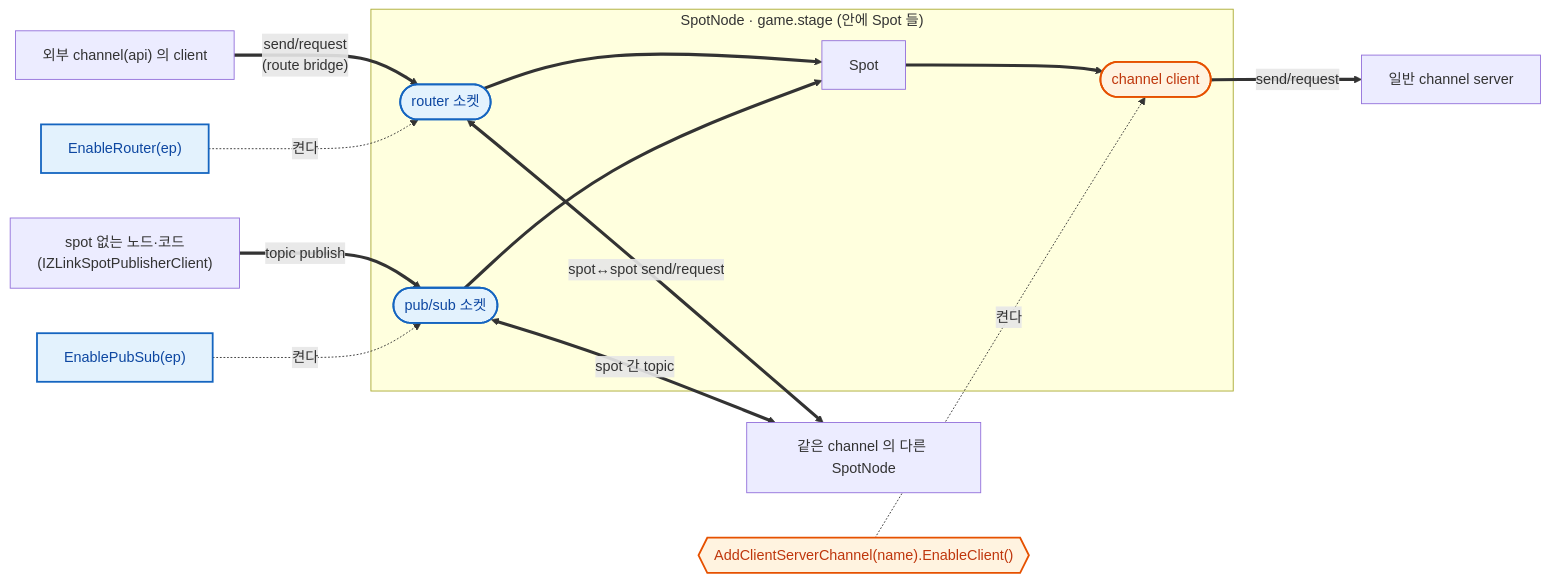
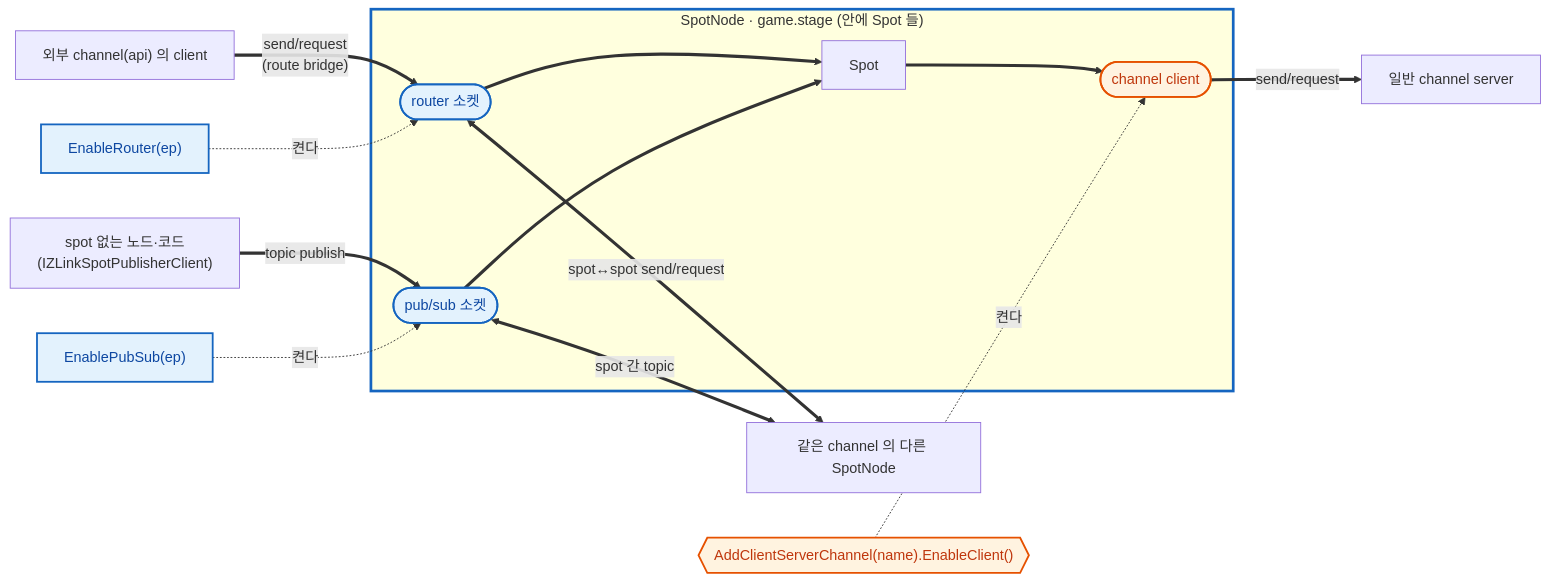
One commit to kairos-code-dev/zlink changed the second of 8 diagrams in framework/doc/framework/dotnet/guide/05-spot.ko.md. Above: the diagram before and after it, drawn with Mermaid. The commit also changed other lines of this file and 26 other files, not shown here.

````diff
--- a/framework/doc/framework/dotnet/guide/05-spot.ko.md
+++ b/framework/doc/framework/dotnet/guide/05-spot.ko.md
@@ -124,29 +127,30 @@
 ```mermaid
 flowchart LR
   subgraph node["SpotNode · game.stage (안에 Spot 들)"]
     rsock(["router 소켓"])
     psock(["pub/sub 소켓"])
     spot["Spot"]
     csock(["channel client"])
   end
 
   %% 🟦 자기 channel mesh — 같은 channel 의 다른 SpotNode 와
   peer["같은 channel 의 다른 SpotNode"]
   rsock <==>|"spot↔spot send/request"| peer
   psock <==>|"spot 간 topic"| peer
 
   %% 🟧 다른 channel·외부 client 와 잇기
   api["외부 channel(api) 의 client"] ==>|"send/request<br/>(route bridge)"| rsock ==> spot
   publess["spot 없는 노드·코드<br/>(IZLinkSpotPublisherClient)"] ==>|"topic publish"| psock ==> spot
   spot ==> csock ==>|"send/request"| svc["일반 channel server"]
 
   %% 어떤 함수가 무엇을 켜나
   fRouter["EnableRouter(ep)"] -. 켠다 .-> rsock
   fPubSub["EnablePubSub(ep)"] -. 켠다 .-> psock
   fClient{{"AddClientServerChannel(name).EnableClient()"}} -. 켠다 .-> csock
 
   classDef ownMesh fill:#e3f2fd,stroke:#1565c0,stroke-width:2px,color:#0d47a1;
   classDef bridge fill:#fff3e0,stroke:#e65100,stroke-width:2px,color:#bf360c;
   class fRouter,fPubSub,rsock,psock ownMesh;
   class fClient,csock bridge;
+  style node stroke:#1565c0,stroke-width:3px
 ```
````
